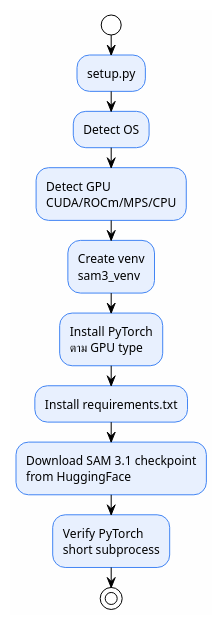
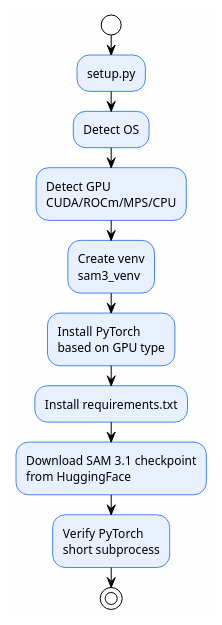
One commit to Telotubbies/auto_label changed the diagram in docs/architecture/deployment.md. Above: the diagram before and after it, drawn with PlantUML. The commit also changed other lines of this file and 118 other files, not shown here.

````diff
--- a/docs/architecture/deployment.md
+++ b/docs/architecture/deployment.md
@@ -18,20 +18,20 @@
 ```plantuml {align="center"}
 @startuml
 !theme plain
 skinparam linetype ortho
 skinparam backgroundColor #FEFEFE
 skinparam ActivityBackgroundColor #E8F0FE
 skinparam ActivityBorderColor #4285F4
 
 start
 :setup.py;
 :Detect OS;
 :Detect GPU\nCUDA/ROCm/MPS/CPU;
 :Create venv\nsam3_venv;
-:Install PyTorch\nตาม GPU type;
+:Install PyTorch\nbased on GPU type;
 :Install requirements.txt;
 :Download SAM 3.1 checkpoint\nfrom HuggingFace;
 :Verify PyTorch\nshort subprocess;
 stop
 @enduml
 ```
````
